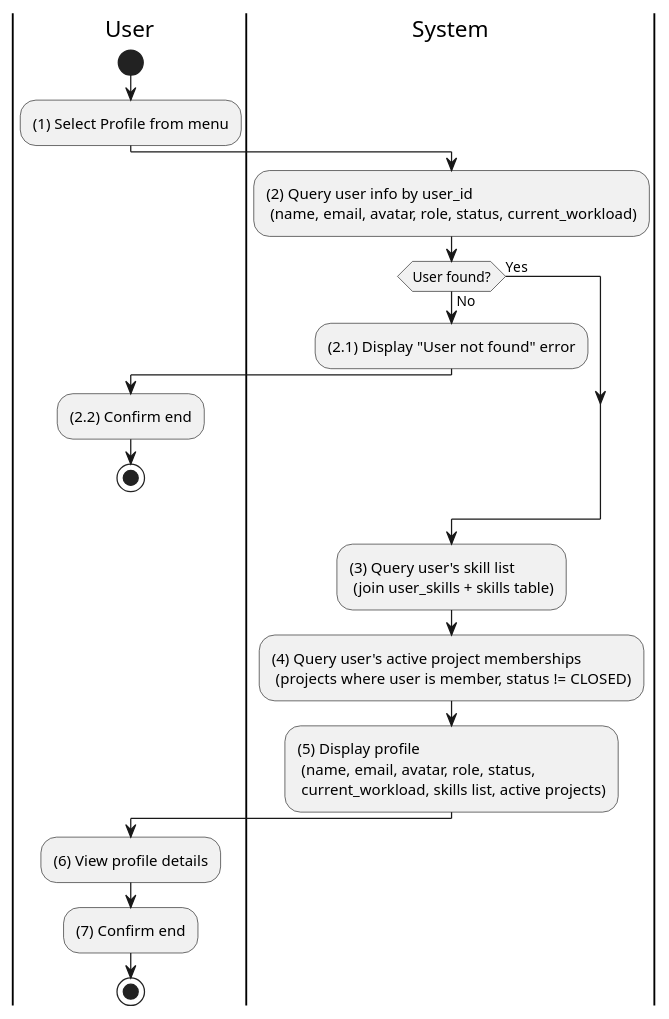
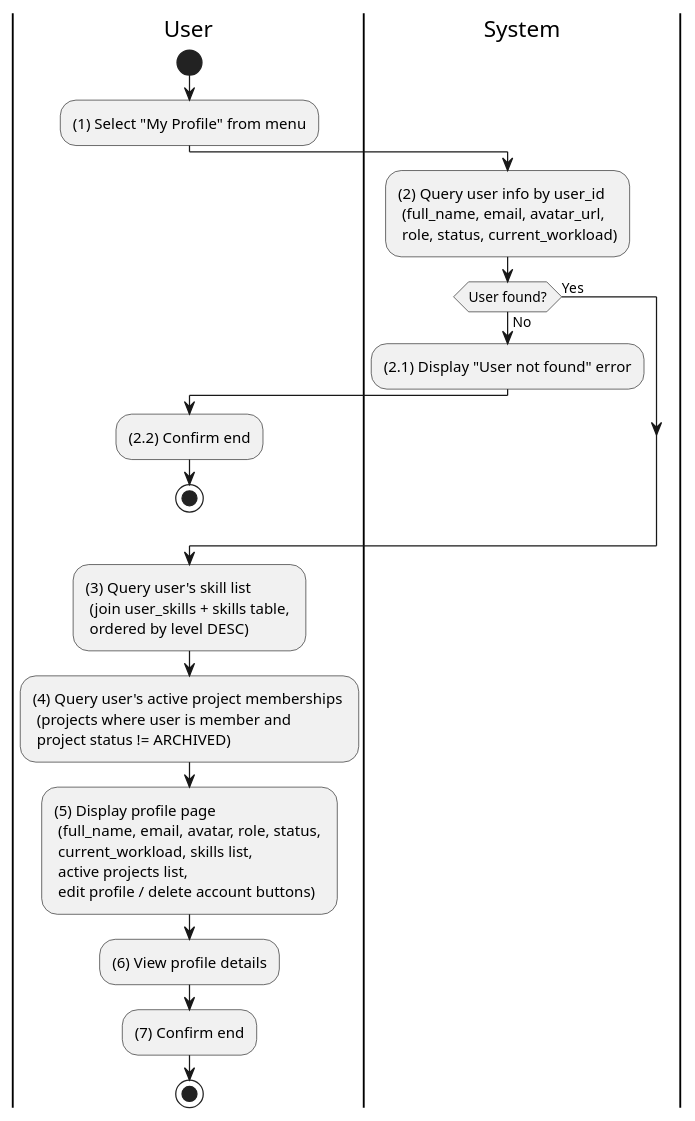
Before and after one commit to taskpilot-platform/taskpilot-platform.github.io: the diagram in docs/docs/activity/user-profile/view-user-profile.md, drawn with PlantUML. The commit also changed 9 other files, not shown here.

First line of the commit message:
docs(activity): expand 10 short activity diagram files with detailed flows

````diff
--- a/docs/docs/activity/user-profile/view-user-profile.md
+++ b/docs/docs/activity/user-profile/view-user-profile.md
@@ -3,32 +3,31 @@
 ```plantuml
 @startuml
 |U|User
 |S|System
 
 |U|
 start
-:(1) Select Profile from menu;
+:(1) Select "My Profile" from menu;
 
 |S|
-:(2) Query user info by user_id \n (name, email, avatar, role, status, current_workload);
+:(2) Query user info by user_id \n (full_name, email, avatar_url, \n role, status, current_workload);
 
 if (User found?) then (No)
   :(2.1) Display "User not found" error;
   |U|
   :(2.2) Confirm end;
   stop
 else (Yes)
 endif
 
-|S|
-:(3) Query user's skill list \n (join user_skills + skills table);
-:(4) Query user's active project memberships \n (projects where user is member, status != CLOSED);
-:(5) Display profile \n (name, email, avatar, role, status, \n current_workload, skills list, active projects);
+:(3) Query user's skill list \n (join user_skills + skills table, \n ordered by level DESC);
+:(4) Query user's active project memberships \n (projects where user is member and \n project status != ARCHIVED);
+:(5) Display profile page \n (full_name, email, avatar, role, status, \n current_workload, skills list, \n active projects list, \n edit profile / delete account buttons);
 
 |U|
 :(6) View profile details;
 :(7) Confirm end;
 
 stop
 @enduml
 ```
````
